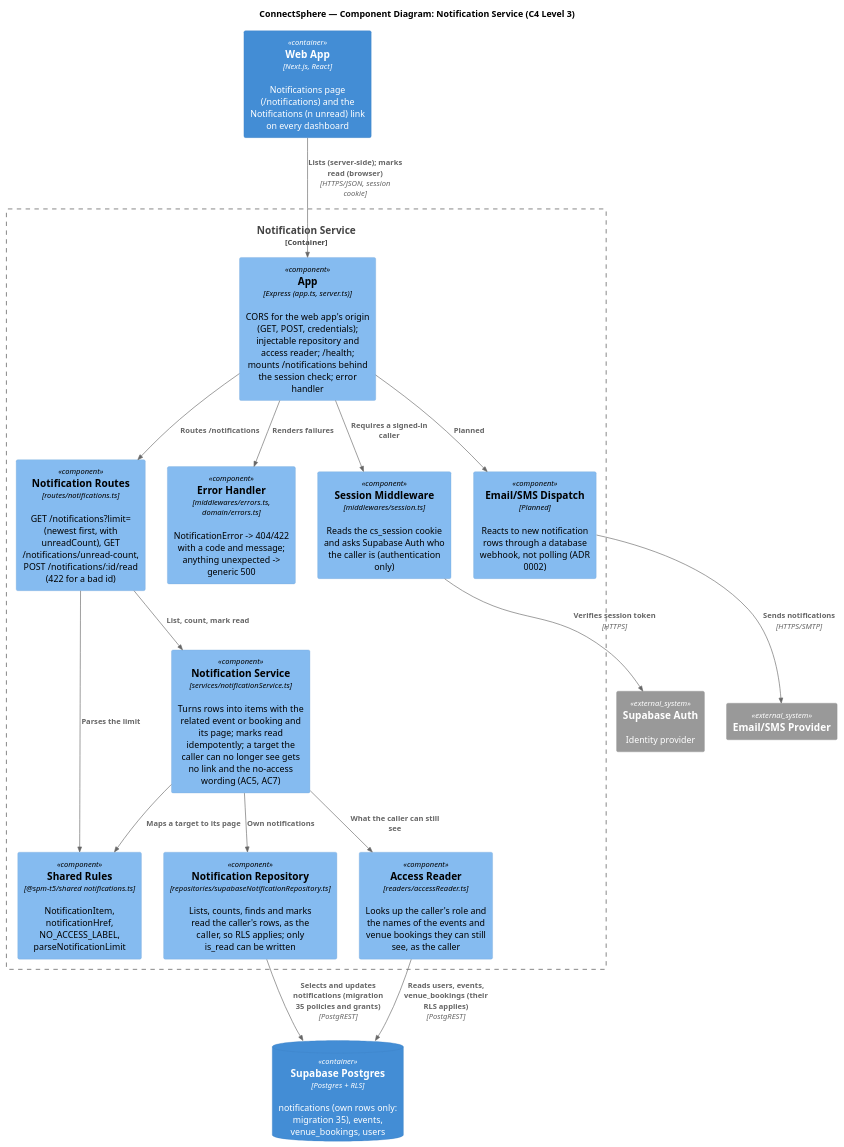
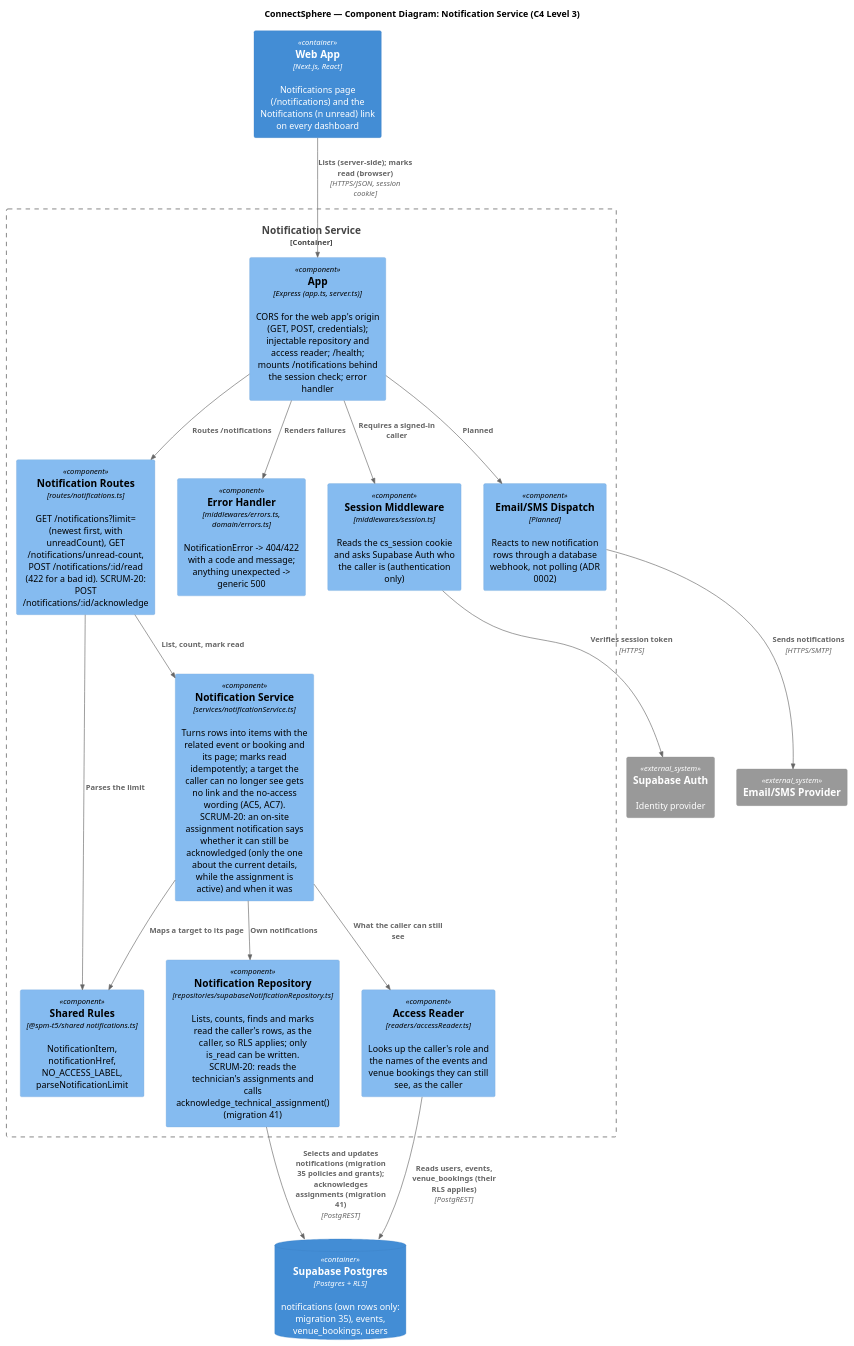
One commit to danjaii/SPM-T5 changed the diagram in docs/architecture/c4/component-notification-service.puml. Above: the diagram before and after it, drawn with PlantUML. The commit also changed 38 other files, not shown here.

First line of the commit message:
SCRUM-20/AC1,AC2,AC3,AC4,AC5 - Notify technicians of on-site assignments and let them acknowledge

```diff
--- a/docs/architecture/c4/component-notification-service.puml
+++ b/docs/architecture/c4/component-notification-service.puml
@@ -1,41 +1,41 @@
 @startuml component-notification-service
 !include https://raw.githubusercontent.com/plantuml-stdlib/C4-PlantUML/master/C4_Component.puml
 
 title ConnectSphere — Component Diagram: Notification Service (C4 Level 3)
 ' Built so far: viewing and managing a user's own in-app notifications (docs/specs/notifications.md, SCRUM-46).
 ' Rows are written by producers, not by this service (ADR 0002). Components marked "Planned" come with SCRUM-47.
 
 Container(web, "Web App", "Next.js, React", "Notifications page (/notifications) and the Notifications (n unread) link on every dashboard")
 System_Ext(supabaseAuth, "Supabase Auth", "Identity provider")
 System_Ext(emailProvider, "Email/SMS Provider")
 ContainerDb(db, "Supabase Postgres", "Postgres + RLS", "notifications (own rows only: migration 35), events, venue_bookings, users")
 
 Container_Boundary(notificationSvc, "Notification Service") {
   Component(app, "App", "Express (app.ts, server.ts)", "CORS for the web app's origin (GET, POST, credentials); injectable repository and access reader; /health; mounts /notifications behind the session check; error handler")
   Component(session, "Session Middleware", "middlewares/session.ts", "Reads the cs_session cookie and asks Supabase Auth who the caller is (authentication only)")
   Component(errors, "Error Handler", "middlewares/errors.ts, domain/errors.ts", "NotificationError -> 404/422 with a code and message; anything unexpected -> generic 500")
-  Component(routes, "Notification Routes", "routes/notifications.ts", "GET /notifications?limit= (newest first, with unreadCount), GET /notifications/unread-count, POST /notifications/:id/read (422 for a bad id)")
-  Component(svc, "Notification Service", "services/notificationService.ts", "Turns rows into items with the related event or booking and its page; marks read idempotently; a target the caller can no longer see gets no link and the no-access wording (AC5, AC7)")
-  Component(repo, "Notification Repository", "repositories/supabaseNotificationRepository.ts", "Lists, counts, finds and marks read the caller's rows, as the caller, so RLS applies; only is_read can be written")
+  Component(routes, "Notification Routes", "routes/notifications.ts", "GET /notifications?limit= (newest first, with unreadCount), GET /notifications/unread-count, POST /notifications/:id/read (422 for a bad id). SCRUM-20: POST /notifications/:id/acknowledge")
+  Component(svc, "Notification Service", "services/notificationService.ts", "Turns rows into items with the related event or booking and its page; marks read idempotently; a target the caller can no longer see gets no link and the no-access wording (AC5, AC7). SCRUM-20: an on-site assignment notification says whether it can still be acknowledged (only the one about the current details, while the assignment is active) and when it was")
+  Component(repo, "Notification Repository", "repositories/supabaseNotificationRepository.ts", "Lists, counts, finds and marks read the caller's rows, as the caller, so RLS applies; only is_read can be written. SCRUM-20: reads the technician's assignments and calls acknowledge_technical_assignment() (migration 41)")
   Component(access, "Access Reader", "readers/accessReader.ts", "Looks up the caller's role and the names of the events and venue bookings they can still see, as the caller")
   Component(shared, "Shared Rules", "@spm-t5/shared notifications.ts", "NotificationItem, notificationHref, NO_ACCESS_LABEL, parseNotificationLimit")
 
   Component(dispatch, "Email/SMS Dispatch", "Planned", "Reacts to new notification rows through a database webhook, not polling (ADR 0002)")
 }
 
 Rel(web, app, "Lists (server-side); marks read (browser)", "HTTPS/JSON, session cookie")
 Rel(app, session, "Requires a signed-in caller")
 Rel(session, supabaseAuth, "Verifies session token", "HTTPS")
 Rel(app, errors, "Renders failures")
 Rel(app, routes, "Routes /notifications")
 Rel(routes, svc, "List, count, mark read")
 Rel(routes, shared, "Parses the limit")
 Rel(svc, shared, "Maps a target to its page")
 Rel(svc, repo, "Own notifications")
 Rel(svc, access, "What the caller can still see")
-Rel(repo, db, "Selects and updates notifications (migration 35 policies and grants)", "PostgREST")
+Rel(repo, db, "Selects and updates notifications (migration 35 policies and grants); acknowledges assignments (migration 41)", "PostgREST")
 Rel(access, db, "Reads users, events, venue_bookings (their RLS applies)", "PostgREST")
 
 Rel(app, dispatch, "Planned")
 Rel(dispatch, emailProvider, "Sends notifications", "HTTPS/SMTP")
 @enduml
```
